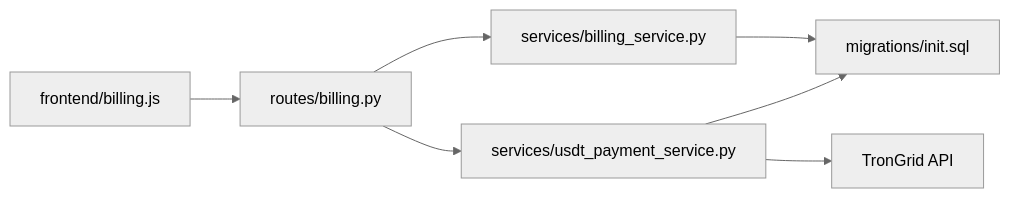
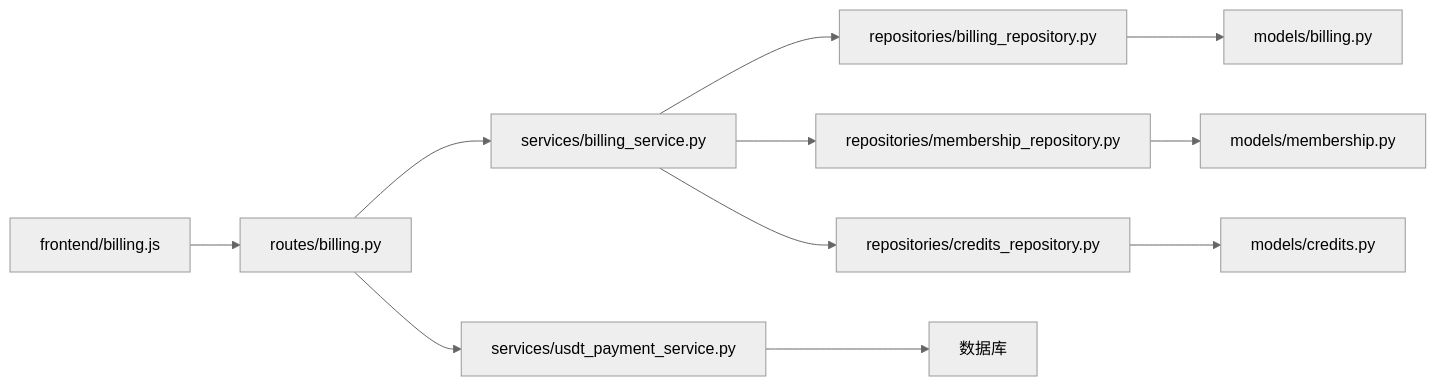
One commit to joezxh/QuantDinger changed the sixth of 7 diagrams in .qoder/repowiki/zh/content/核心功能模块/用户管理与商业化/计费订阅系统.md. Above: the diagram before and after it, drawn with Mermaid (neutral theme). The commit also changed other lines of this file and 548 other files, not shown here.

````diff
--- a/.qoder/repowiki/zh/content/核心功能模块/用户管理与商业化/计费订阅系统.md
+++ b/.qoder/repowiki/zh/content/核心功能模块/用户管理与商业化/计费订阅系统.md
@@ -300,9 +380,13 @@
 ```mermaid
 graph LR
 R["routes/billing.py"] --> S1["services/billing_service.py"]
 R --> S2["services/usdt_payment_service.py"]
-S1 --> DB["migrations/init.sql"]
-S2 --> DB
-S2 --> TG["TronGrid API"]
+S1 --> BR["repositories/billing_repository.py"]
+S1 --> MR["repositories/membership_repository.py"]
+S1 --> CR["repositories/credits_repository.py"]
+BR --> M1["models/billing.py"]
+MR --> M2["models/membership.py"]
+CR --> M3["models/credits.py"]
+S2 --> DB["数据库"]
 FE["frontend/billing.js"] --> R
 ```
````
